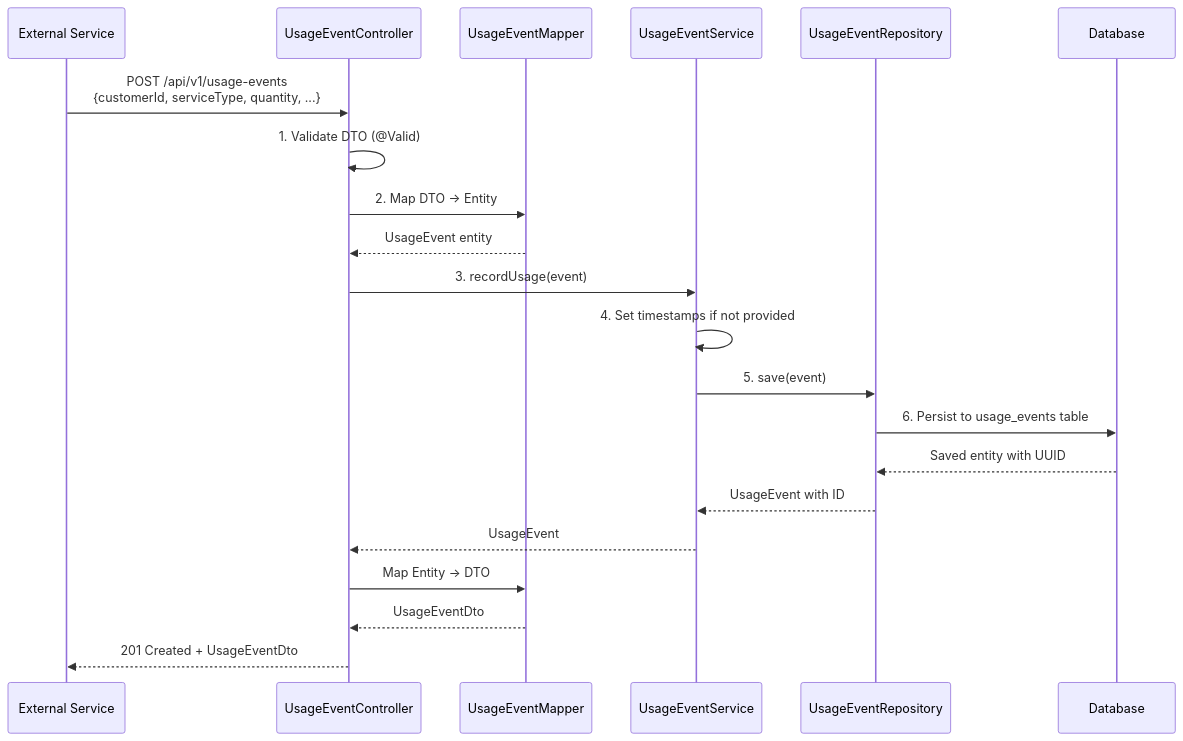
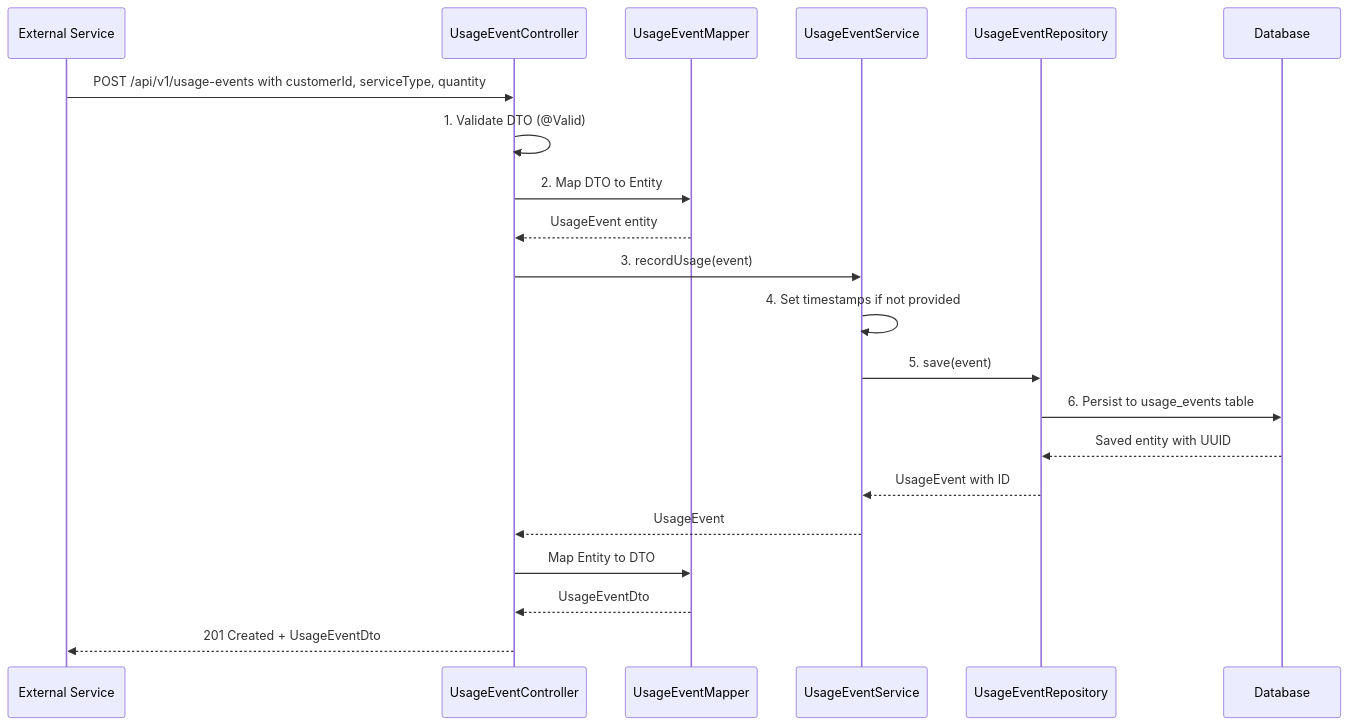
One commit to maximilianuhlmann/microservice-showcase changed the second of 5 diagrams in docs/ARCHITECTURE.md. Above: the diagram before and after it, drawn with Mermaid. The commit also changed other lines of this file and 91 other files, not shown here.

````diff
--- a/docs/ARCHITECTURE.md
+++ b/docs/ARCHITECTURE.md
@@ -43,24 +43,24 @@
 ```mermaid
 sequenceDiagram
     participant ES as External Service
     participant UC as UsageEventController
     participant M as UsageEventMapper
     participant US as UsageEventService
     participant UR as UsageEventRepository
     participant DB as Database
     
-    ES->>UC: POST /api/v1/usage-events<br/>{customerId, serviceType, quantity, ...}
+    ES->>UC: POST /api/v1/usage-events with customerId, serviceType, quantity
     UC->>UC: 1. Validate DTO (@Valid)
-    UC->>M: 2. Map DTO → Entity
+    UC->>M: 2. Map DTO to Entity
     M-->>UC: UsageEvent entity
     UC->>US: 3. recordUsage(event)
     US->>US: 4. Set timestamps if not provided
     US->>UR: 5. save(event)
     UR->>DB: 6. Persist to usage_events table
     DB-->>UR: Saved entity with UUID
     UR-->>US: UsageEvent with ID
     US-->>UC: UsageEvent
-    UC->>M: Map Entity → DTO
+    UC->>M: Map Entity to DTO
     M-->>UC: UsageEventDto
     UC-->>ES: 201 Created + UsageEventDto
 ```
````
